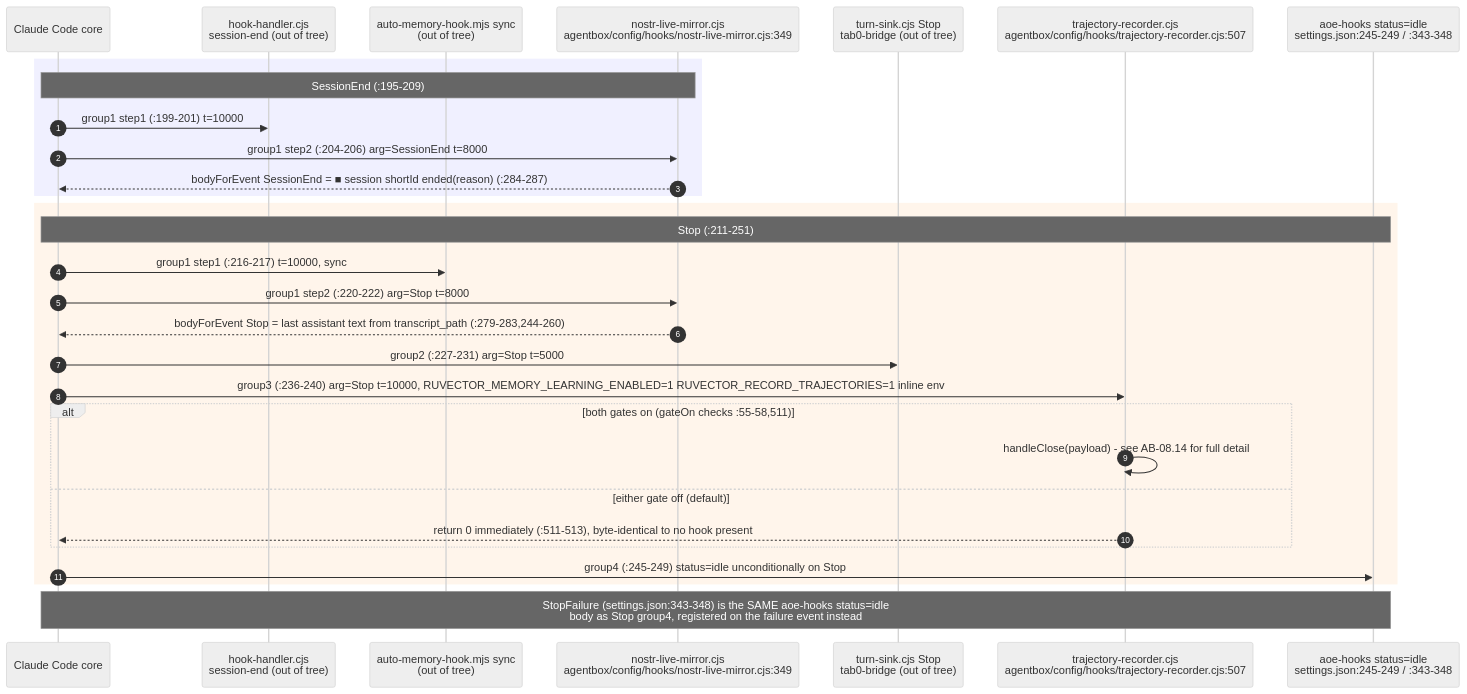
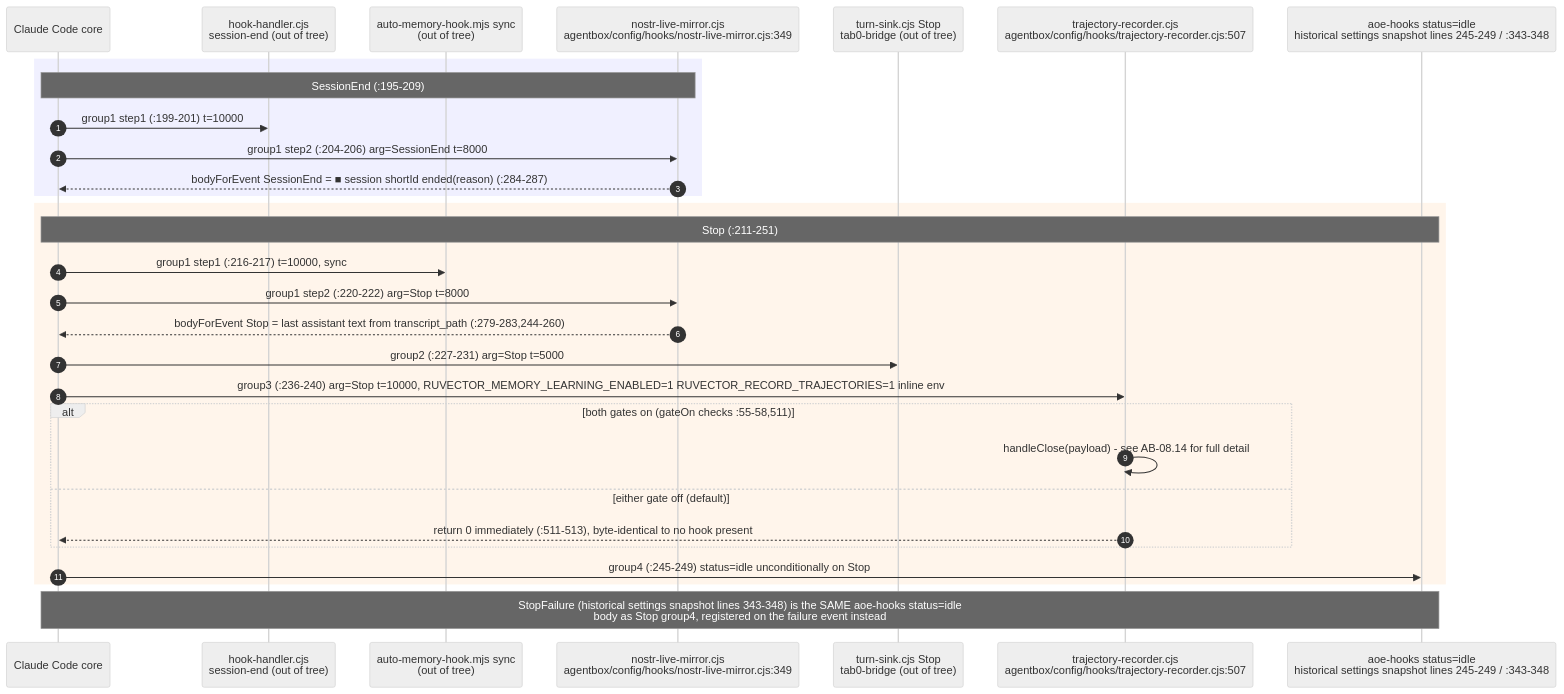
The seventh of 14 diagrams in docs/diagrams/agentbox/08-hooks-pipeline.md (DreamLab-AI/VisionFlow), drawn with Mermaid (neutral theme) before and after one commit. The commit also changed other lines of this file and 185 other files, not shown here.

Commit message:
docs(estate): reconcile diagrams and ADRs with source and define closeout sprint

````diff
--- a/docs/diagrams/agentbox/08-hooks-pipeline.md
+++ b/docs/diagrams/agentbox/08-hooks-pipeline.md
@@ -274,33 +277,33 @@
 ```mermaid
 sequenceDiagram
     autonumber
     participant CC as Claude Code core
     participant HH as hook-handler.cjs<br/>session-end (out of tree)
     participant AM as auto-memory-hook.mjs sync<br/>(out of tree)
     participant NM as nostr-live-mirror.cjs<br/>agentbox/config/hooks/nostr-live-mirror.cjs:349
     participant TS as turn-sink.cjs Stop<br/>tab0-bridge (out of tree)
     participant TR as trajectory-recorder.cjs<br/>agentbox/config/hooks/trajectory-recorder.cjs:507
-    participant AOE as aoe-hooks status=idle<br/>settings.json:245-249 / :343-348
+    participant AOE as aoe-hooks status=idle<br/>historical settings snapshot lines 245-249 / :343-348
 
     rect rgb(240,240,255)
     Note over CC,NM: SessionEnd (:195-209)
     CC->>HH: group1 step1 (:199-201) t=10000
     CC->>NM: group1 step2 (:204-206) arg=SessionEnd t=8000
     NM-->>CC: bodyForEvent SessionEnd = #9632; session shortId ended#40;reason#41; (:284-287)
     end
     rect rgb(255,245,235)
     Note over CC,AOE: Stop (:211-251)
     CC->>AM: group1 step1 (:216-217) t=10000, sync
     CC->>NM: group1 step2 (:220-222) arg=Stop t=8000
     NM-->>CC: bodyForEvent Stop = last assistant text from transcript_path (:279-283,244-260)
     CC->>TS: group2 (:227-231) arg=Stop t=5000
     CC->>TR: group3 (:236-240) arg=Stop t=10000, RUVECTOR_MEMORY_LEARNING_ENABLED=1 RUVECTOR_RECORD_TRAJECTORIES=1 inline env
     alt both gates on (gateOn checks :55-58,511)
         TR->>TR: handleClose#40;payload#41; - see AB-08.14 for full detail
     else either gate off (default)
         TR-->>CC: return 0 immediately (:511-513), byte-identical to no hook present
     end
     CC->>AOE: group4 (:245-249) status=idle unconditionally on Stop
     end
-    Note over CC,AOE: StopFailure (settings.json:343-348) is the SAME aoe-hooks status=idle<br/>body as Stop group4, registered on the failure event instead
+    Note over CC,AOE: StopFailure (historical settings snapshot lines 343-348) is the SAME aoe-hooks status=idle<br/>body as Stop group4, registered on the failure event instead
 ```
````
